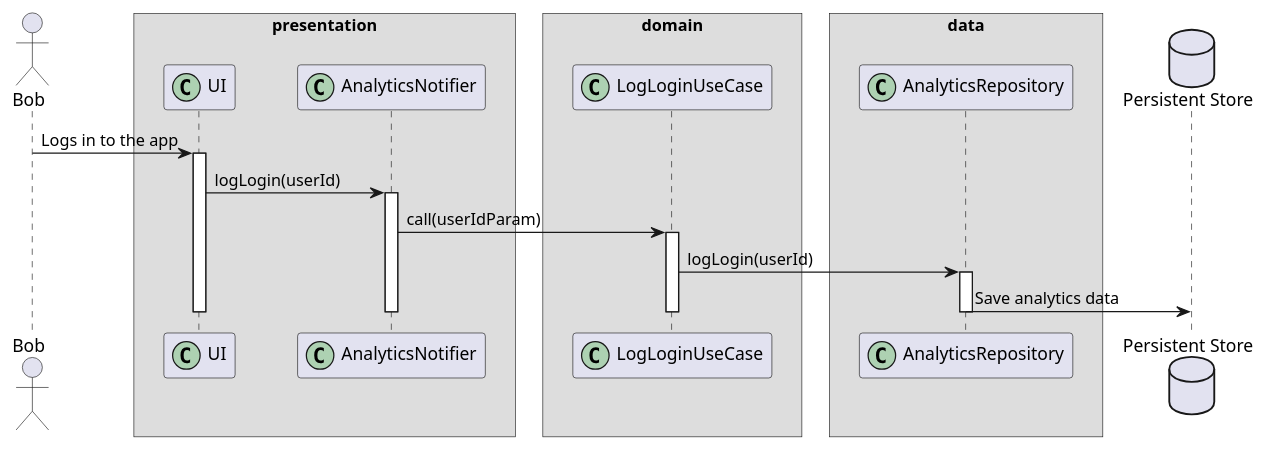
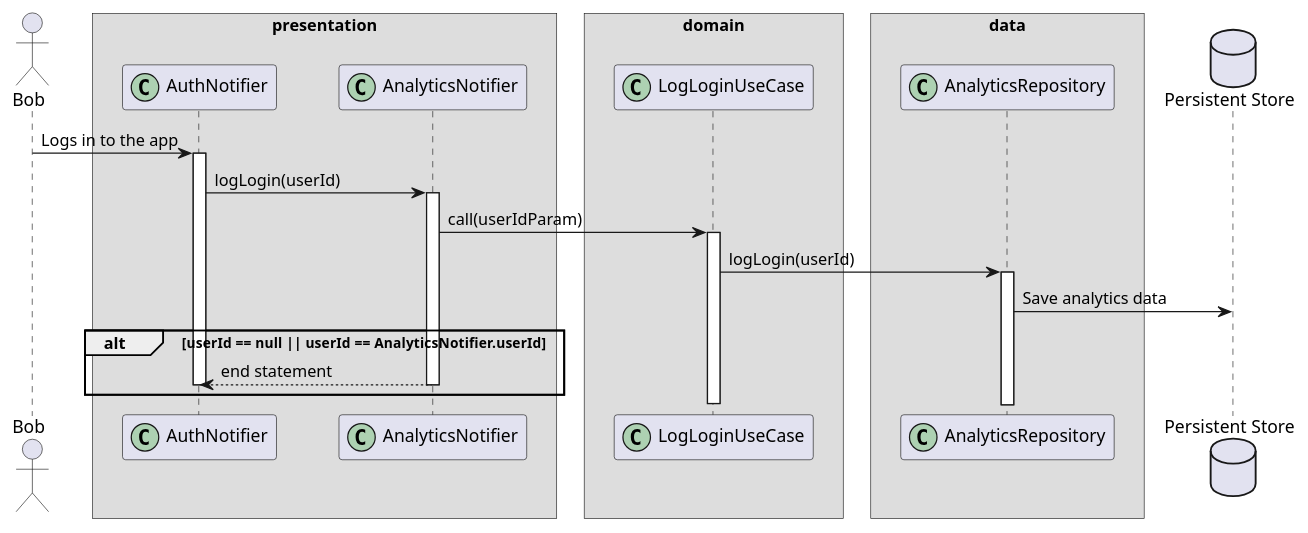
Before and after one commit to Flank/flank-dashboard: the diagram in metrics/web/docs/features/firebase_analytics/diagrams/firebase_analytics_log_login_sequence.puml, drawn with PlantUML. The commit also changed 1 other file, not shown here.

Commit message:
Improve diagrams.

```diff
--- a/metrics/web/docs/features/firebase_analytics/diagrams/firebase_analytics_log_login_sequence.puml
+++ b/metrics/web/docs/features/firebase_analytics/diagrams/firebase_analytics_log_login_sequence.puml
@@ -1,40 +1,44 @@
 @startuml web_layers_sequence_diagram
     skinparam ParticipantPadding 20
     skinparam BoxPadding 10
 
     actor Bob
 
     box "presentation"
-        participant UI << (C,#ADD1B2) >>
+        participant AuthNotifier << (C,#ADD1B2) >>
         participant AnalyticsNotifier << (C,#ADD1B2) >>
     end box
 
     box "domain"
         participant LogLoginUseCase << (C,#ADD1B2) >>
     end box
 
     box "data"
         participant AnalyticsRepository << (C,#ADD1B2) >>
     end box
 
     database "Persistent Store" as PS
 
-    Bob -> UI : Logs in to the app
-    activate UI
+    Bob -> AuthNotifier : Logs in to the app
+    activate AuthNotifier
 
-    UI -> AnalyticsNotifier : logLogin(userId)
+    AuthNotifier -> AnalyticsNotifier : logLogin(userId)
     activate AnalyticsNotifier
 
     AnalyticsNotifier -> LogLoginUseCase : call(userIdParam)
     activate LogLoginUseCase
 
     LogLoginUseCase -> AnalyticsRepository : logLogin(userId)
     activate AnalyticsRepository
 
     AnalyticsRepository -> PS : Save analytics data
 
-    deactivate UI
-    deactivate AnalyticsRepository
+        alt userId == null  ||  userId == AnalyticsNotifier.userId
+            AuthNotifier <-- AnalyticsNotifier :  end statement
+                deactivate AnalyticsNotifier
+                deactivate AuthNotifier
+        end
+
     deactivate LogLoginUseCase
     deactivate AnalyticsNotifier
 @enduml
```
